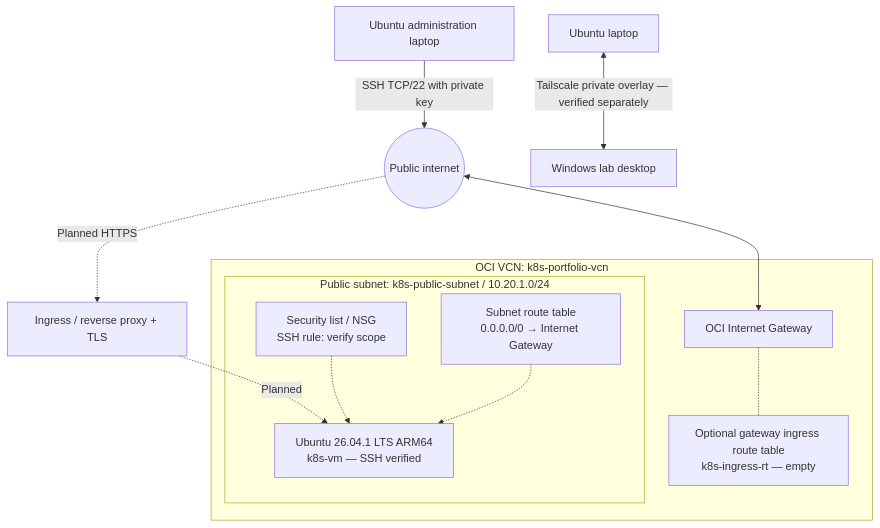
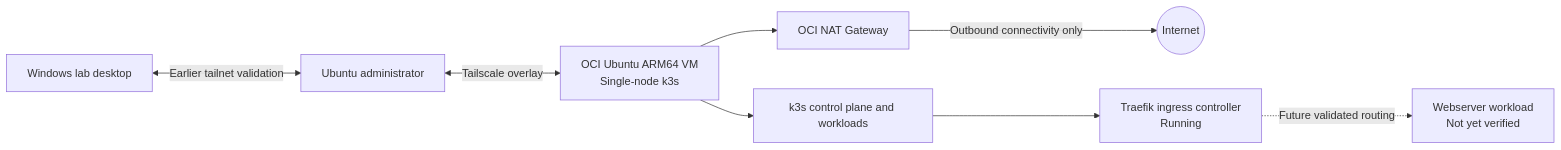
The diagram in secure-kubernetes-homelab-oracle-cloud-updated(1)/secure-kubernetes-homelab/README.md (S0tallySabl3/kubernetes), drawn with Mermaid before and after one commit. The commit also changed other lines of this file, not shown here.

Commit message:
docs: update private OCI k3s and Traefik lab verification

````diff
--- a/secure-kubernetes-homelab-oracle-cloud-updated(1)/secure-kubernetes-homelab/README.md
+++ b/secure-kubernetes-homelab-oracle-cloud-updated(1)/secure-kubernetes-homelab/README.md
@@ -9,24 +9,10 @@
 ```mermaid
-flowchart TB
-  Admin[Ubuntu administration laptop] -->|SSH TCP/22 with private key| Internet((Public internet))
-  Internet <--> IGW[OCI Internet Gateway]
-  subgraph VCN[OCI VCN: k8s-portfolio-vcn]
-    IGW
-    IGWRT[Optional gateway ingress route table
-k8s-ingress-rt — empty]
-    IGW -.- IGWRT
-    subgraph Subnet[Public subnet: k8s-public-subnet / 10.20.1.0/24]
-      RT[Subnet route table
-0.0.0.0/0 → Internet Gateway]
-      Rules[Security list / NSG
-SSH rule: verify scope]
-      VM[Ubuntu 26.04.1 LTS ARM64
-k8s-vm — SSH verified]
-      RT -.-> VM
-      Rules -.-> VM
-    end
-  end
-  Internet -. Planned HTTPS .-> HTTPS[Ingress / reverse proxy + TLS]
-  HTTPS -. Planned .-> VM
-  T1[Ubuntu laptop] <-->|Tailscale private overlay — verified separately| T2[Windows lab desktop]
+flowchart LR
+    Admin[Ubuntu administrator] <-->|Tailscale overlay| VM[OCI Ubuntu ARM64 VM\nSingle-node k3s]
+    NAT[OCI NAT Gateway] -->|Outbound connectivity only| Internet((Internet))
+    VM --> NAT
+    VM --> K3s[k3s control plane and workloads]
+    K3s --> Traefik[Traefik ingress controller\nRunning]
+    Traefik -. Future validated routing .-> App[Webserver workload\nNot yet verified]
+    Windows[Windows lab desktop] <-->|Earlier tailnet validation| Admin
 ```
````
